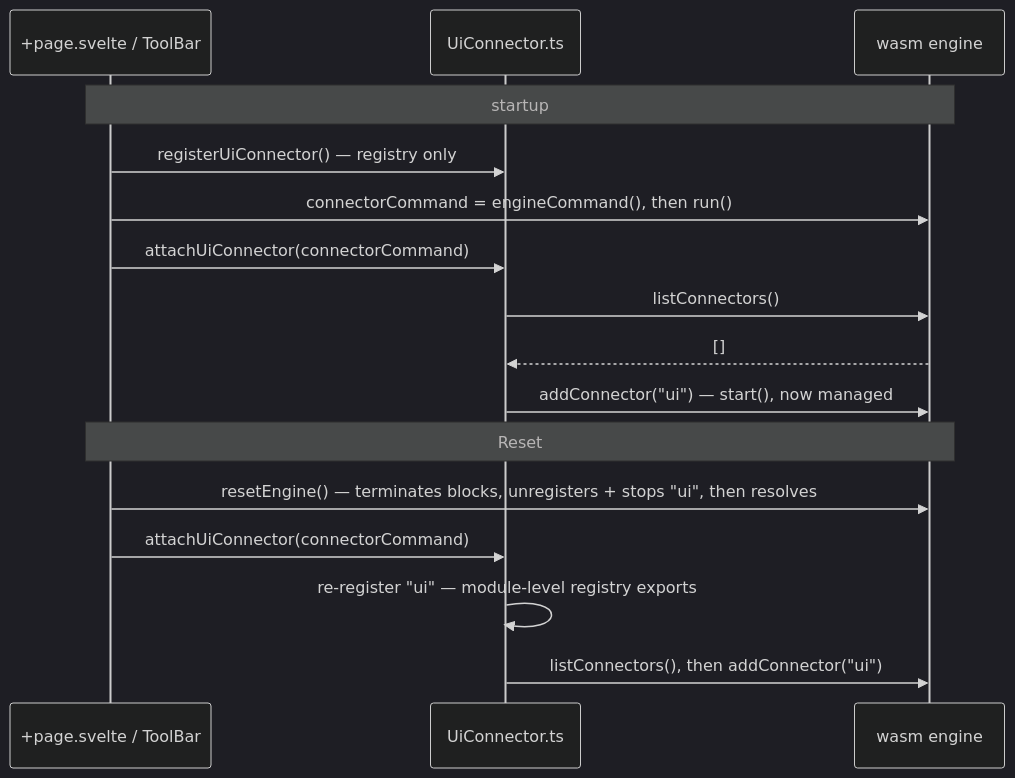
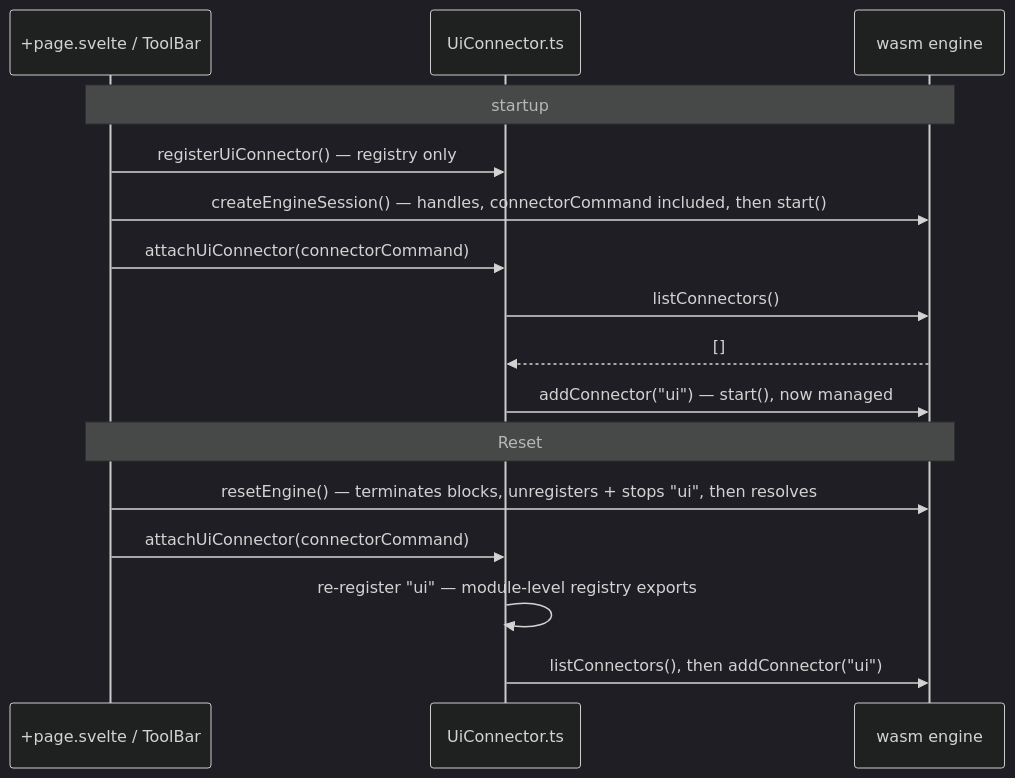
Diagram 11 of 12 in docs/connectors.md (rracariu/logic-mesh), drawn with Mermaid (dark theme) before and after one commit. The commit also changed other lines of this file and 12 other files, not shown here.

````diff
--- a/docs/connectors.md
+++ b/docs/connectors.md
@@ -507,20 +534,20 @@
 ```mermaid
 sequenceDiagram
   participant Page as +page.svelte / ToolBar
   participant UI as UiConnector.ts
   participant Eng as wasm engine
 
   Note over Page,Eng: startup
   Page->>UI: registerUiConnector() — registry only
-  Page->>Eng: connectorCommand = engineCommand(), then run()
+  Page->>Eng: createEngineSession() — handles, connectorCommand included, then start()
   Page->>UI: attachUiConnector(connectorCommand)
   UI->>Eng: listConnectors()
   Eng-->>UI: []
   UI->>Eng: addConnector("ui") — start(), now managed
 
   Note over Page,Eng: Reset
   Page->>Eng: resetEngine() — terminates blocks, unregisters + stops "ui", then resolves
   Page->>UI: attachUiConnector(connectorCommand)
   UI->>UI: re-register "ui" — module-level registry exports
   UI->>Eng: listConnectors(), then addConnector("ui")
 ```
````
